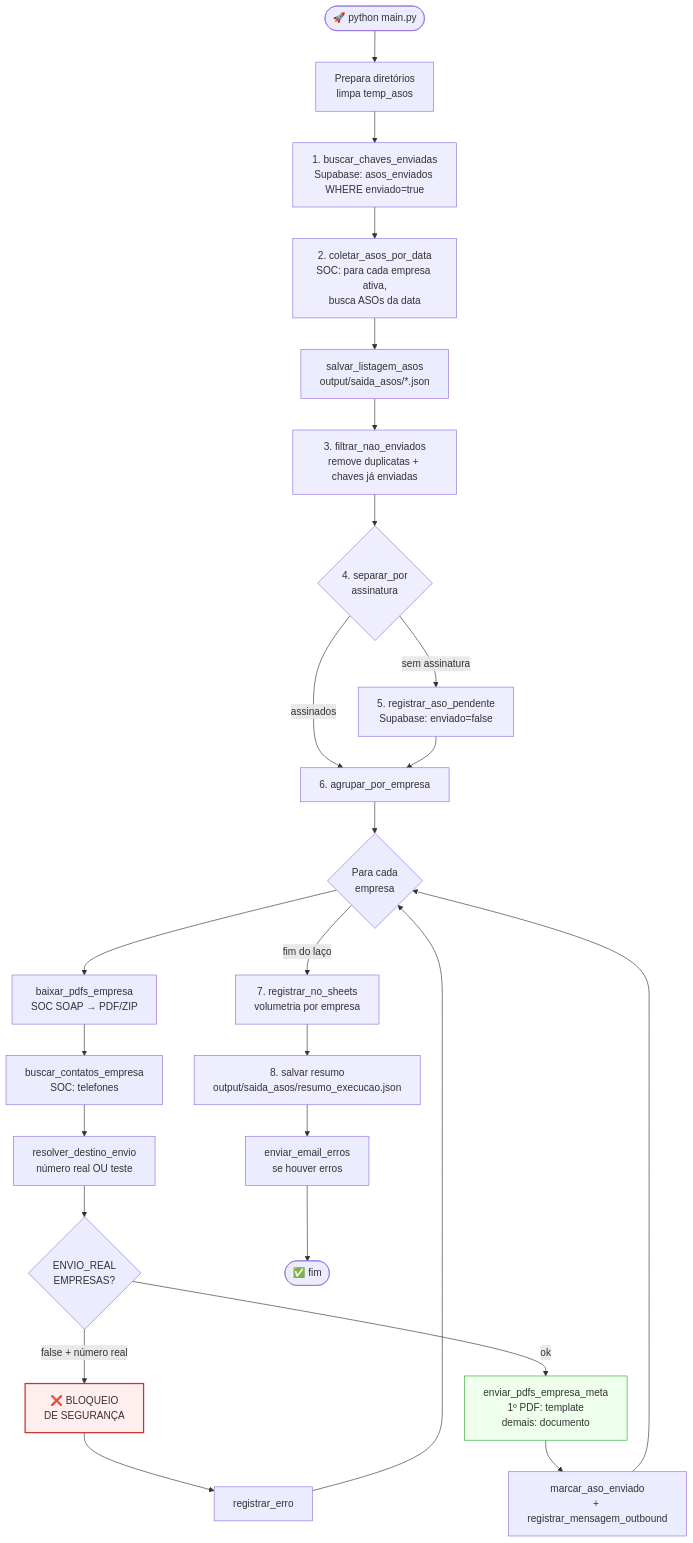
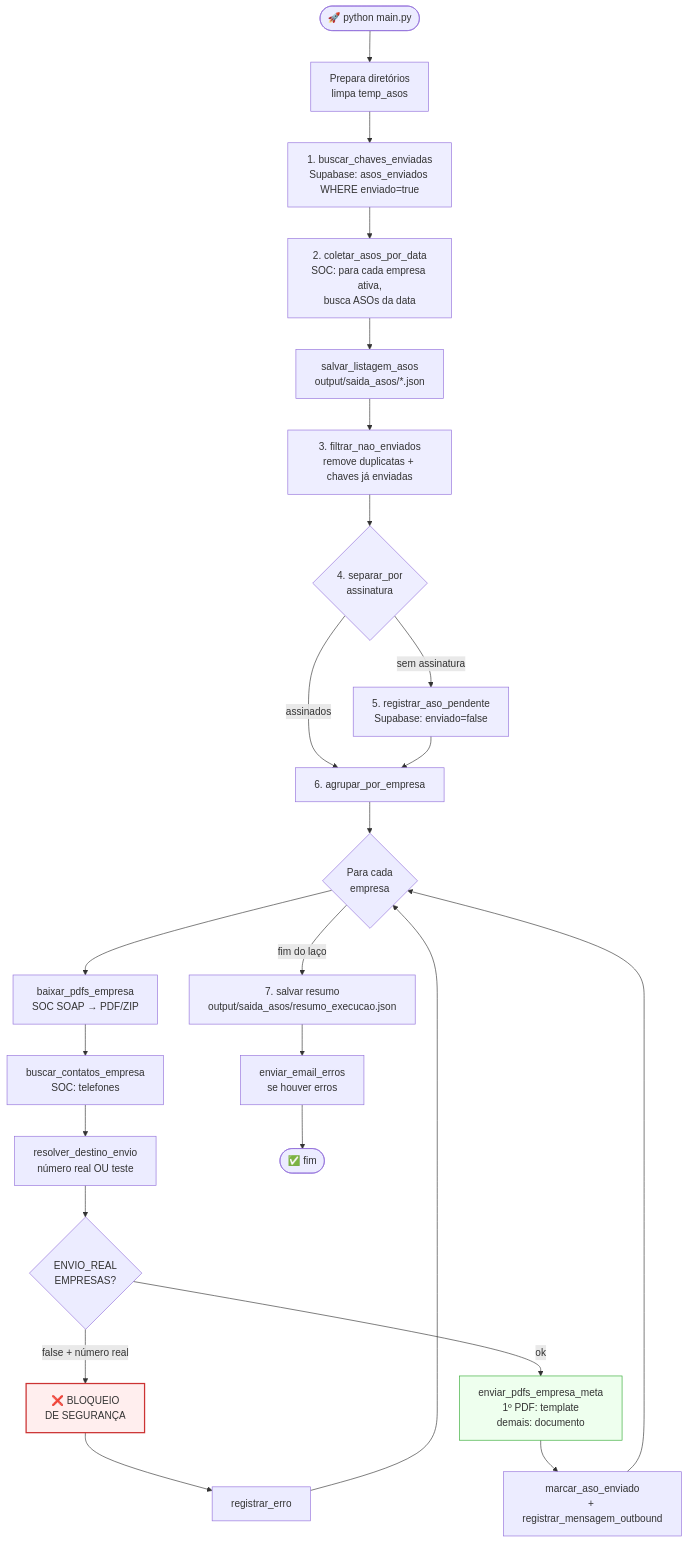
Before and after one commit to safehelp-agentes/Mensageria_ASOs: the second of 7 diagrams in ARCHITECTURE.md, drawn with Mermaid. The commit also changed other lines of this file and 5 other files, not shown here.

````diff
--- a/ARCHITECTURE.md
+++ b/ARCHITECTURE.md
@@ -64,38 +61,36 @@
 ```mermaid
 flowchart TD
     Start([🚀 python main.py]) --> Prep[Prepara diretórios<br/>limpa temp_asos]
     Prep --> E1[1. buscar_chaves_enviadas<br/>Supabase: asos_enviados WHERE enviado=true]
     E1 --> E2[2. coletar_asos_por_data<br/>SOC: para cada empresa ativa,<br/>busca ASOs da data]
     E2 --> Save[salvar_listagem_asos<br/>output/saida_asos/*.json]
     Save --> E3[3. filtrar_nao_enviados<br/>remove duplicatas + chaves já enviadas]
     E3 --> E4{4. separar_por<br/>assinatura}
     E4 -->|sem assinatura| E5[5. registrar_aso_pendente<br/>Supabase: enviado=false]
     E4 -->|assinados| E6
     E5 --> E6[6. agrupar_por_empresa]
     E6 --> Loop{Para cada<br/>empresa}
     Loop --> DL[baixar_pdfs_empresa<br/>SOC SOAP → PDF/ZIP]
     DL --> Contatos[buscar_contatos_empresa<br/>SOC: telefones]
     Contatos --> Resolve[resolver_destino_envio<br/>número real OU teste]
     Resolve --> Guard{ENVIO_REAL<br/>EMPRESAS?}
     Guard -->|false + número real| Abort[❌ BLOQUEIO<br/>DE SEGURANÇA]
     Guard -->|ok| Send[enviar_pdfs_empresa_meta<br/>1º PDF: template<br/>demais: documento]
     Send --> Mark[marcar_aso_enviado<br/>+ registrar_mensagem_outbound]
     Mark --> Loop
-    Loop -->|fim do laço| E7[7. registrar_no_sheets<br/>volumetria por empresa]
+    Loop -->|fim do laço| E7[7. salvar resumo<br/>output/saida_asos/resumo_execucao.json]
     Abort --> Erro[registrar_erro]
     Erro --> Loop
-    E7 --> E8[8. salvar resumo<br/>output/saida_asos/resumo_execucao.json]
-    E8 --> Email[enviar_email_erros<br/>se houver erros]
+    E7 --> Email[enviar_email_erros<br/>se houver erros]
     Email --> End([✅ fim])
 
     style Abort fill:#fee,stroke:#c33,stroke-width:2px
     style Send fill:#efe,stroke:#3a3
     style E1 fill:#eef
     style E2 fill:#eef
     style E3 fill:#eef
     style E4 fill:#eef
     style E5 fill:#eef
     style E6 fill:#eef
     style E7 fill:#eef
-    style E8 fill:#eef
 ```
````
